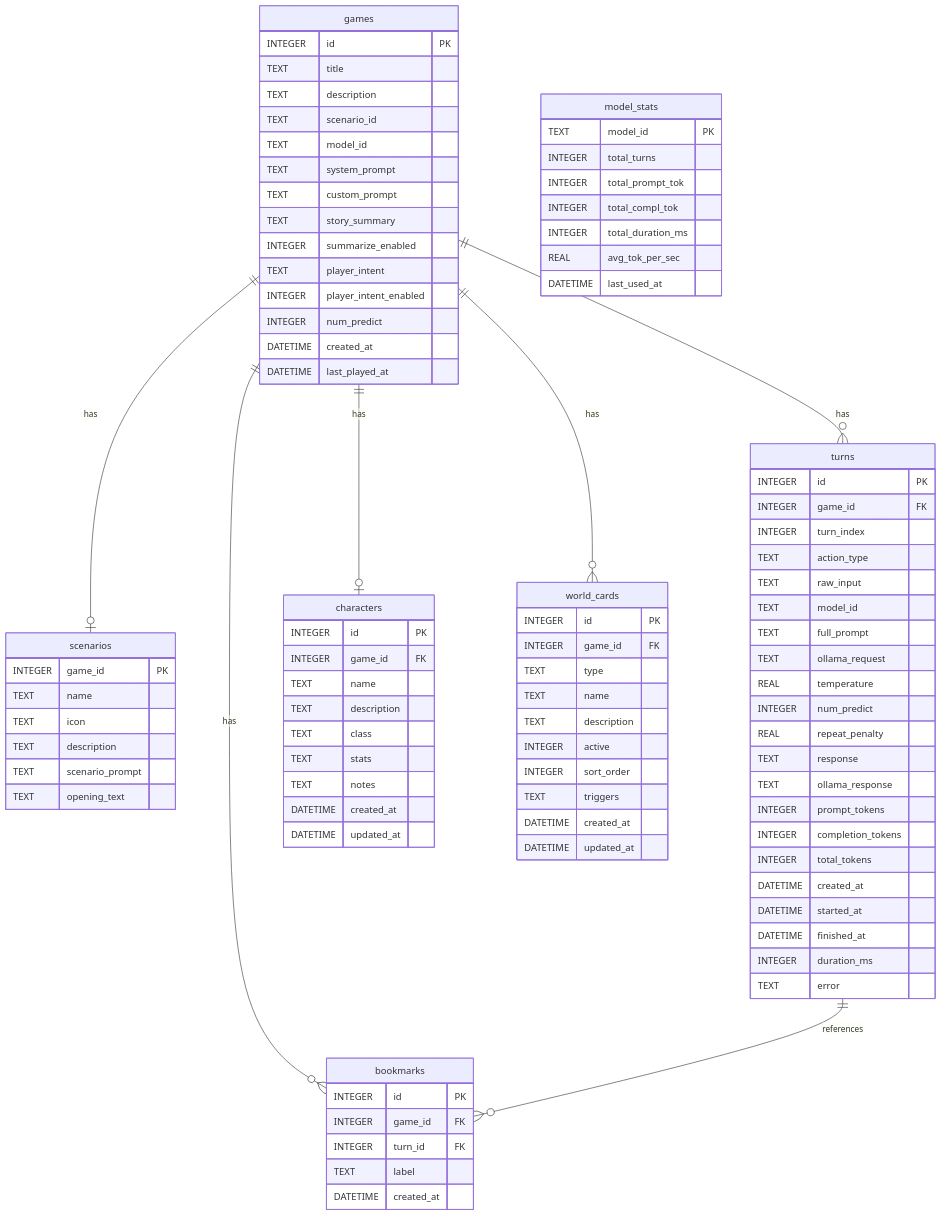
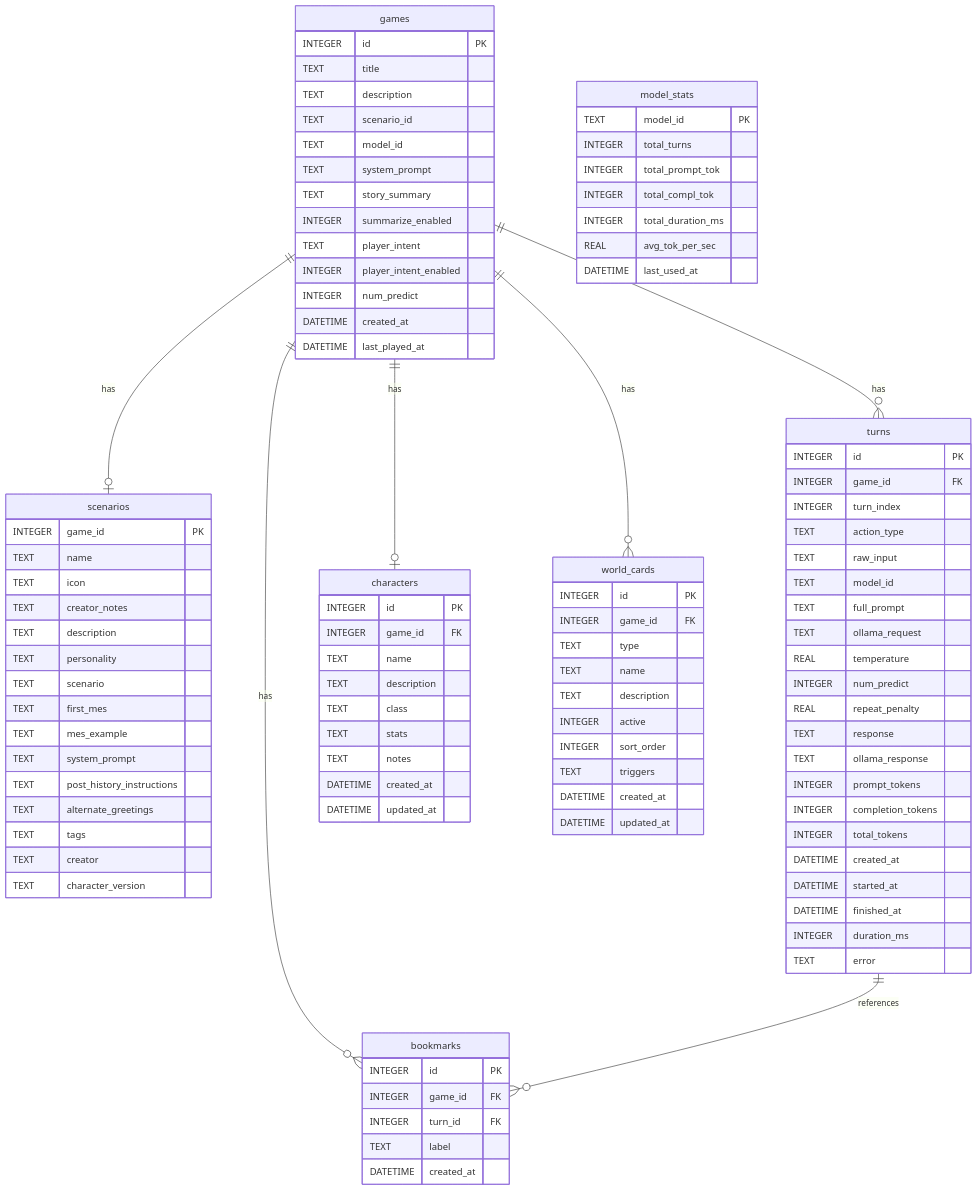
One commit to vreezy/storytelling changed the diagram in datamodell.md. Above: the diagram before and after it, drawn with Mermaid. The commit also changed other lines of this file and 23 other files, not shown here.

```diff
--- a/datamodell.md
+++ b/datamodell.md
@@ -11,7 +11,6 @@
         TEXT scenario_id
         TEXT model_id
         TEXT system_prompt
-        TEXT custom_prompt
         TEXT story_summary
         INTEGER summarize_enabled
         TEXT player_intent
@@ -25,9 +24,18 @@
         INTEGER game_id PK
         TEXT name
         TEXT icon
+        TEXT creator_notes
         TEXT description
-        TEXT scenario_prompt
-        TEXT opening_text
+        TEXT personality
+        TEXT scenario
+        TEXT first_mes
+        TEXT mes_example
+        TEXT system_prompt
+        TEXT post_history_instructions
+        TEXT alternate_greetings
+        TEXT tags
+        TEXT creator
+        TEXT character_version
     }
 
     turns {
```
